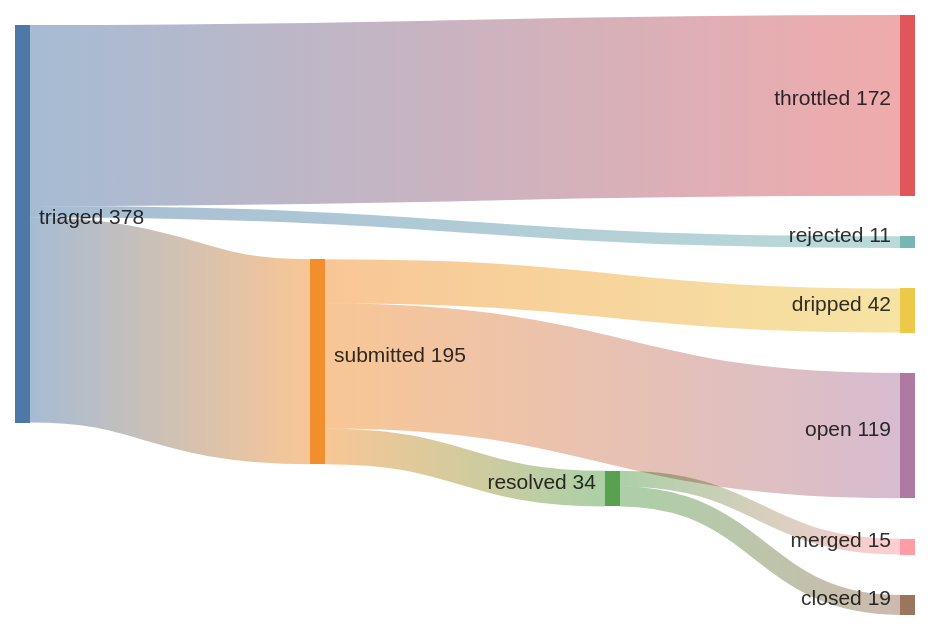
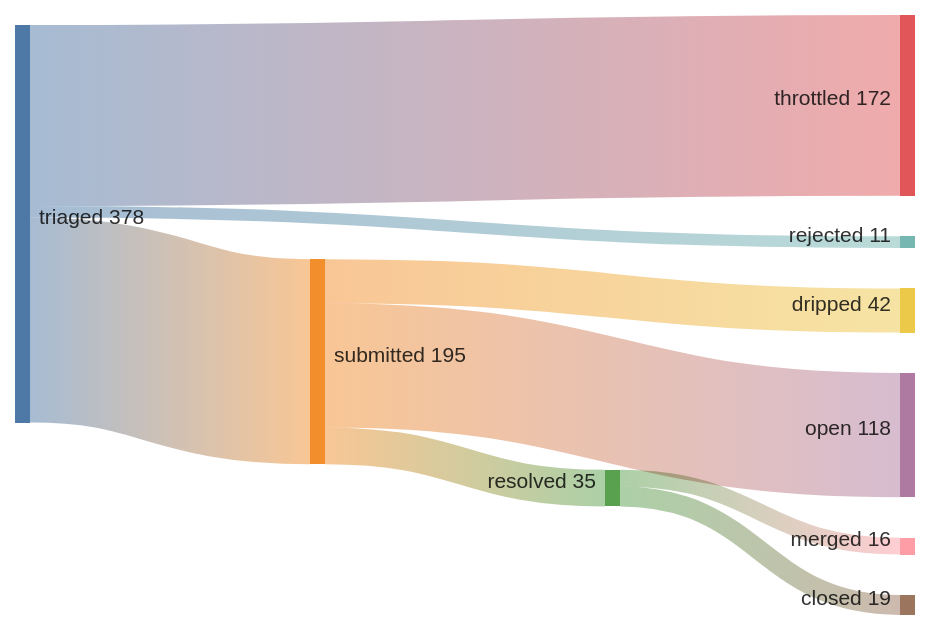
The diagram in README.md (kimjune01/kimjune01), drawn with Mermaid before and after one commit. The commit also changed other lines of this file, not shown here.

Commit message:
stats: 16/35 = 45% (05:02 UTC)

````diff
--- a/README.md
+++ b/README.md
@@ -3,11 +3,11 @@
 ```mermaid
 sankey-beta
     triaged,    submitted, 195
     triaged,    throttled, 172
     triaged,    rejected,  11
-    submitted,  resolved,  34
+    submitted,  resolved,  35
     submitted,  dripped,   42
-    submitted,  open,      119
-    resolved,   merged,    15
+    submitted,  open,      118
+    resolved,   merged,    16
     resolved,   closed,    19
 ```
````
